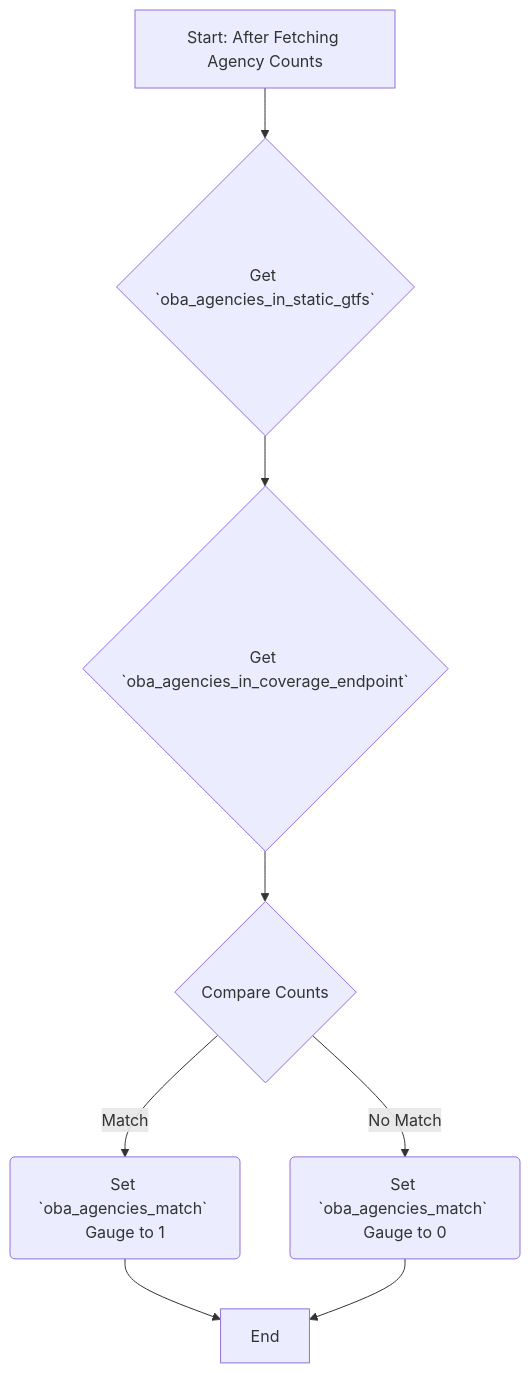
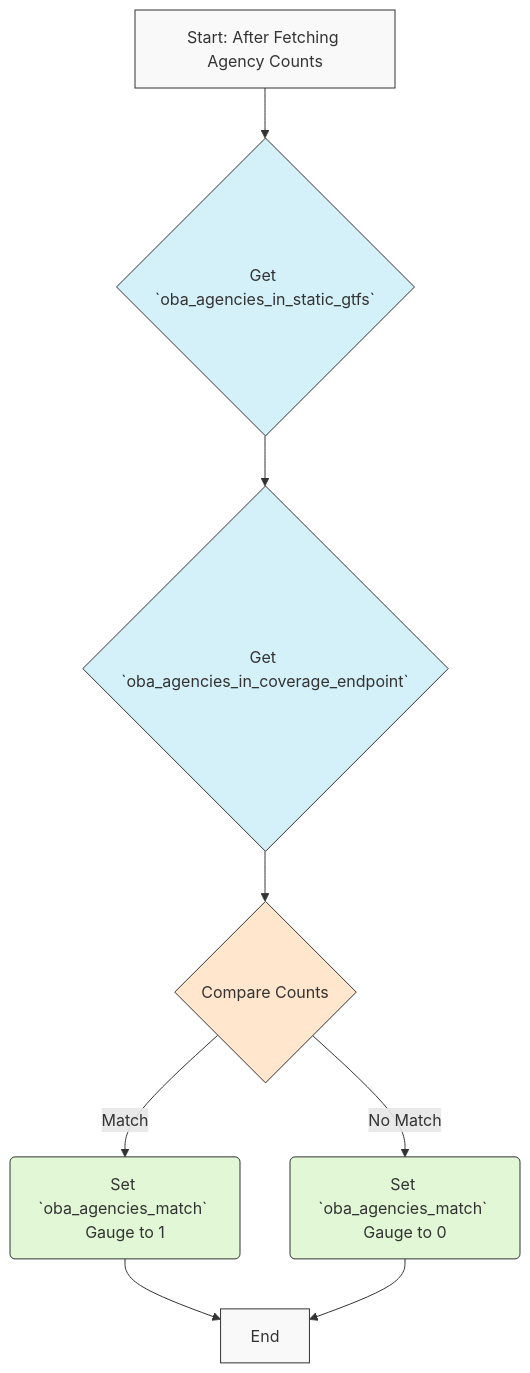
The fifth of 11 diagrams in internal/metrics/metrics-reference.md (OneBusAway/watchdog), drawn with Mermaid before and after one commit. The commit also changed other lines of this file, not shown here.

````diff
--- a/internal/metrics/metrics-reference.md
+++ b/internal/metrics/metrics-reference.md
@@ -124,10 +250,20 @@
 ```mermaid
 graph TD
+    classDef process fill:#d4f1f9,stroke:#333,stroke-width:1px;
+    classDef data fill:#f9f9f9,stroke:#333,stroke-width:1px;
+    classDef output fill:#e1f7d5,stroke:#333,stroke-width:1px;
+    classDef decision fill:#ffe6cc,stroke:#333,stroke-width:1px;
+
     A[Start: After Fetching Agency Counts] --> B{Get `oba_agencies_in_static_gtfs`};
     B --> C{Get `oba_agencies_in_coverage_endpoint`};
     C --> D{Compare Counts};
     D -- Match --> E(Set `oba_agencies_match` Gauge to 1);
     D -- No Match --> F(Set `oba_agencies_match` Gauge to 0);
     E --> G[End];
     F --> G;
+
+    class A,G data;
+    class B,C process;
+    class D decision;
+    class E,F output;
 ```
````
